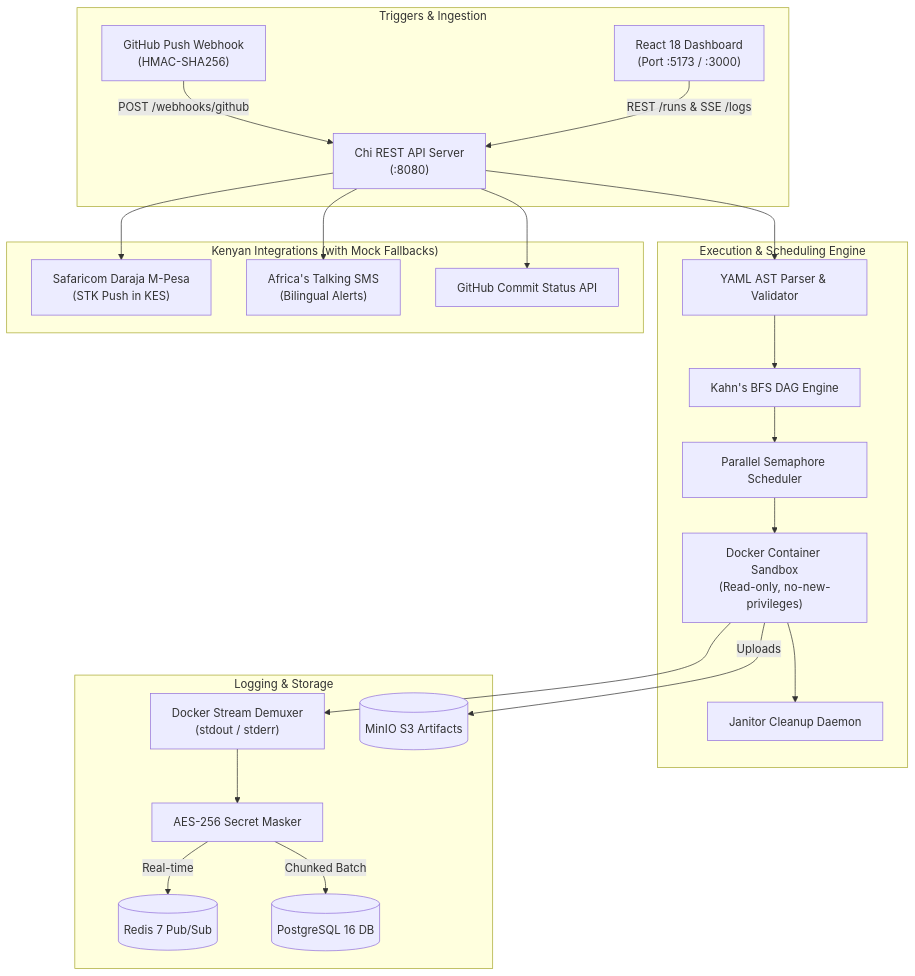
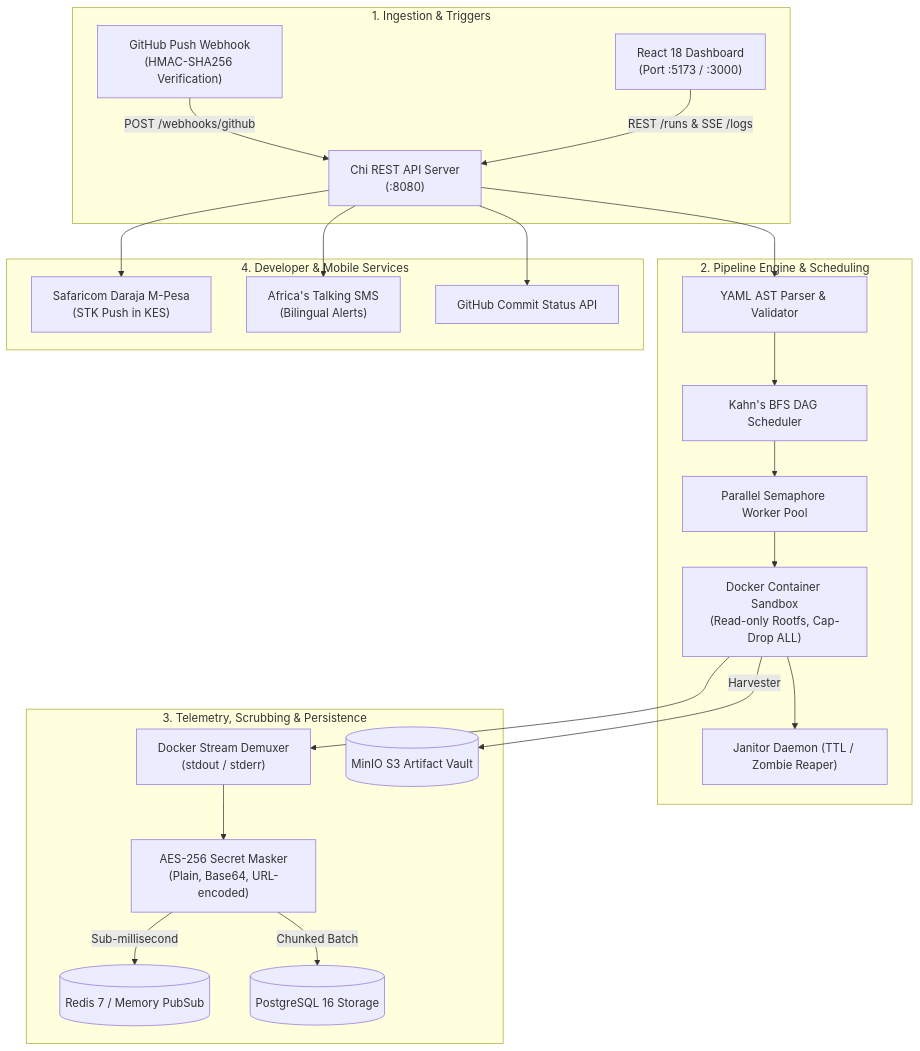
Before and after one commit to crnjihia/forge-ci: the diagram in README.md, drawn with Mermaid. The commit also changed other lines of this file, not shown here.

Commit message:
docs(readme): overhaul README with visual hero, architecture diagrams, and comprehensive Kenyan developer guide

````diff
--- a/README.md
+++ b/README.md
@@ -32,46 +49,46 @@
 ```mermaid
 flowchart TD
-    subgraph Triggers ["Triggers & Ingestion"]
-        GH["GitHub Push Webhook<br/>(HMAC-SHA256)"]
+    subgraph Triggers ["1. Ingestion & Triggers"]
+        GH["GitHub Push Webhook<br/>(HMAC-SHA256 Verification)"]
         UI["React 18 Dashboard<br/>(Port :5173 / :3000)"]
         API["Chi REST API Server<br/>(:8080)"]
     end
 
-    subgraph Core ["Execution & Scheduling Engine"]
+    subgraph Core ["2. Pipeline Engine & Scheduling"]
         Parser["YAML AST Parser & Validator"]
-        DAG["Kahn's BFS DAG Engine"]
-        Scheduler["Parallel Semaphore Scheduler"]
-        Executor["Docker Container Sandbox<br/>(Read-only, no-new-privileges)"]
-        Janitor["Janitor Cleanup Daemon"]
+        DAG["Kahn's BFS DAG Scheduler"]
+        Scheduler["Parallel Semaphore Worker Pool"]
+        Executor["Docker Container Sandbox<br/>(Read-only Rootfs, Cap-Drop ALL)"]
+        Janitor["Janitor Daemon (TTL / Zombie Reaper)"]
     end
 
-    subgraph Streaming ["Logging & Storage"]
+    subgraph Streaming ["3. Telemetry, Scrubbing & Persistence"]
         Demux["Docker Stream Demuxer<br/>(stdout / stderr)"]
-        Masker["AES-256 Secret Masker"]
-        RedisPub[("Redis 7 Pub/Sub")]
-        PG[("PostgreSQL 16 DB")]
-        MinIO[("MinIO S3 Artifacts")]
+        Masker["AES-256 Secret Masker<br/>(Plain, Base64, URL-encoded)"]
+        RedisPub[("Redis 7 / Memory PubSub")]
+        PG[("PostgreSQL 16 Storage")]
+        MinIO[("MinIO S3 Artifact Vault")]
     end
 
-    subgraph Integrations ["Kenyan Integrations (with Mock Fallbacks)"]
+    subgraph Integrations ["4. Developer & Mobile Services"]
         Mpesa["Safaricom Daraja M-Pesa<br/>(STK Push in KES)"]
         SMS["Africa's Talking SMS<br/>(Bilingual Alerts)"]
         GHStatus["GitHub Commit Status API"]
     end
 
     GH -->|POST /webhooks/github| API
     UI -->|REST /runs & SSE /logs| API
     API --> Parser
     Parser --> DAG
     DAG --> Scheduler
     Scheduler --> Executor
     Executor --> Demux
     Demux --> Masker
-    Masker -->|Real-time| RedisPub
+    Masker -->|Sub-millisecond| RedisPub
     Masker -->|Chunked Batch| PG
-    Executor -->|Uploads| MinIO
+    Executor -->|Harvester| MinIO
     Executor --> Janitor
     API --> Mpesa
     API --> SMS
     API --> GHStatus
 ```
````
